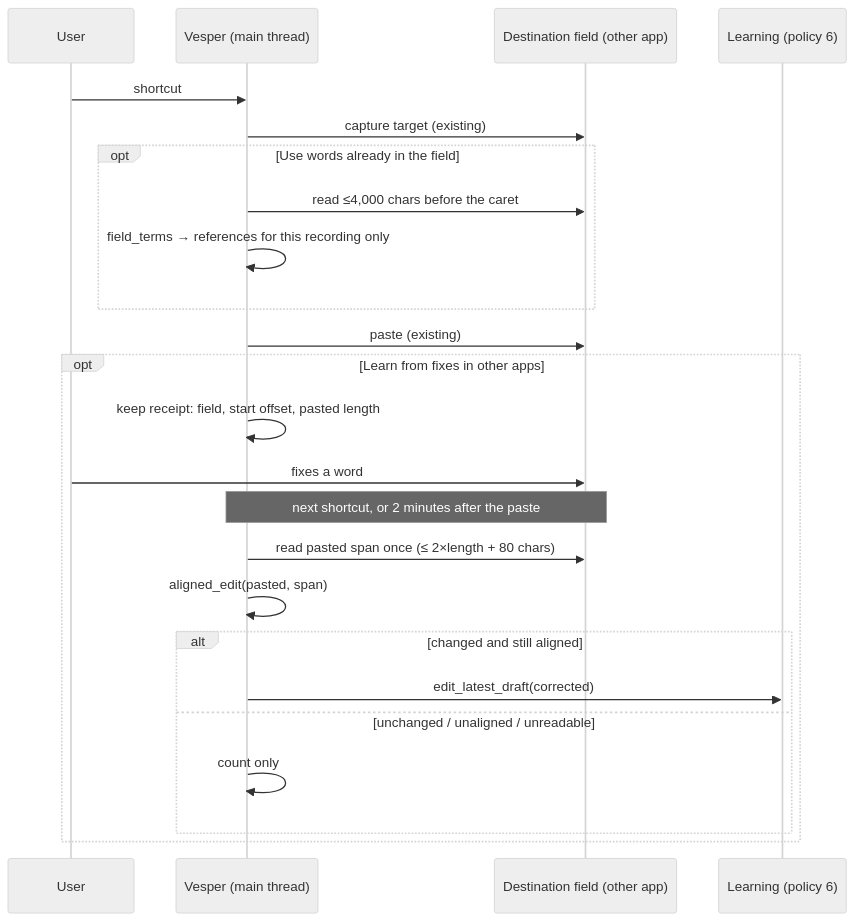
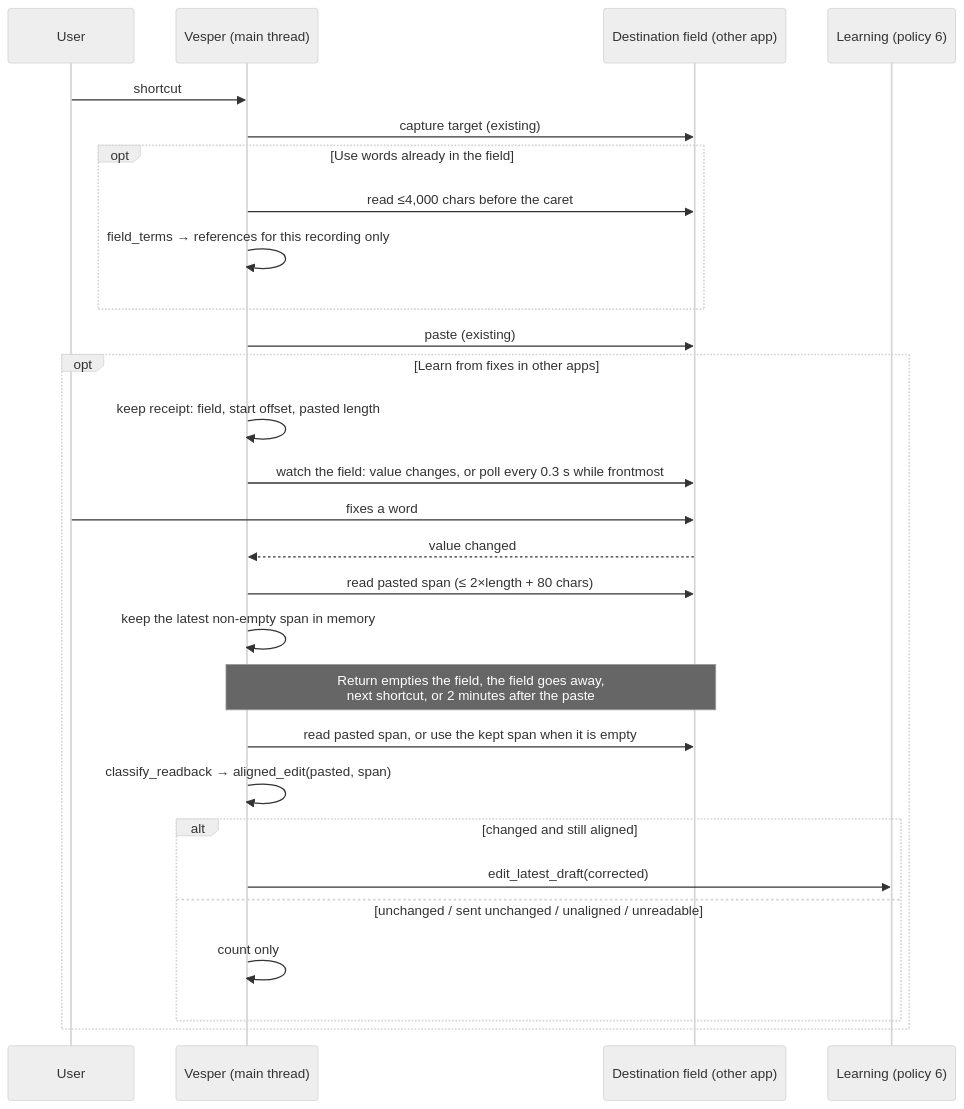
Before and after one commit to rahulsharmavishwakarma/vesper: the diagram in docs/personalization/app-learning.md, drawn with Mermaid (neutral theme). The commit also changed other lines of this file and 4 other files, not shown here.

First line of the commit message:
Document watching the pasted field until it is sent

````diff
--- a/docs/personalization/app-learning.md
+++ b/docs/personalization/app-learning.md
@@ -7,26 +7,30 @@
 ```mermaid
 sequenceDiagram
   participant U as User
   participant V as Vesper (main thread)
   participant F as Destination field (other app)
   participant L as Learning (policy 6)
   U->>V: shortcut
   V->>F: capture target (existing)
   opt Use words already in the field
     V->>F: read ≤4,000 chars before the caret
     V->>V: field_terms → references for this recording only
   end
   V->>F: paste (existing)
   opt Learn from fixes in other apps
     V->>V: keep receipt: field, start offset, pasted length
+    V->>F: watch the field: value changes, or poll every 0.3 s while frontmost
     U->>F: fixes a word
-    Note over V,F: next shortcut, or 2 minutes after the paste
-    V->>F: read pasted span once (≤ 2×length + 80 chars)
-    V->>V: aligned_edit(pasted, span)
+    F-->>V: value changed
+    V->>F: read pasted span (≤ 2×length + 80 chars)
+    V->>V: keep the latest non-empty span in memory
+    Note over V,F: Return empties the field, the field goes away,<br/>next shortcut, or 2 minutes after the paste
+    V->>F: read pasted span, or use the kept span when it is empty
+    V->>V: classify_readback → aligned_edit(pasted, span)
     alt changed and still aligned
       V->>L: edit_latest_draft(corrected)
-    else unchanged / unaligned / unreadable
+    else unchanged / sent unchanged / unaligned / unreadable
       V->>V: count only
     end
   end
 ```
````
